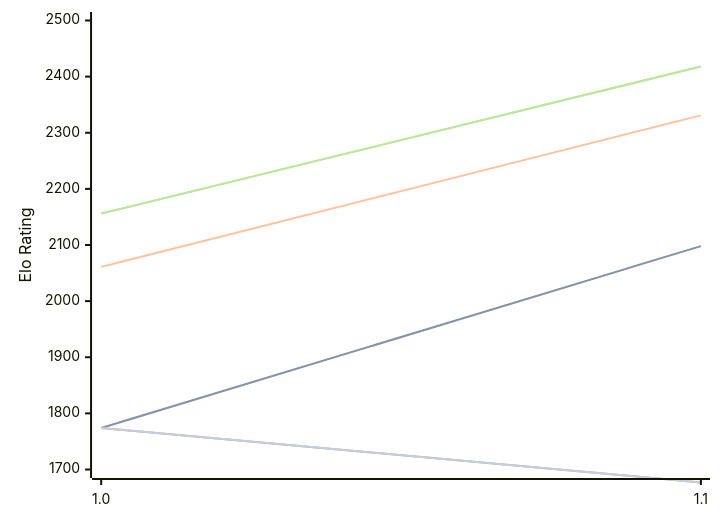
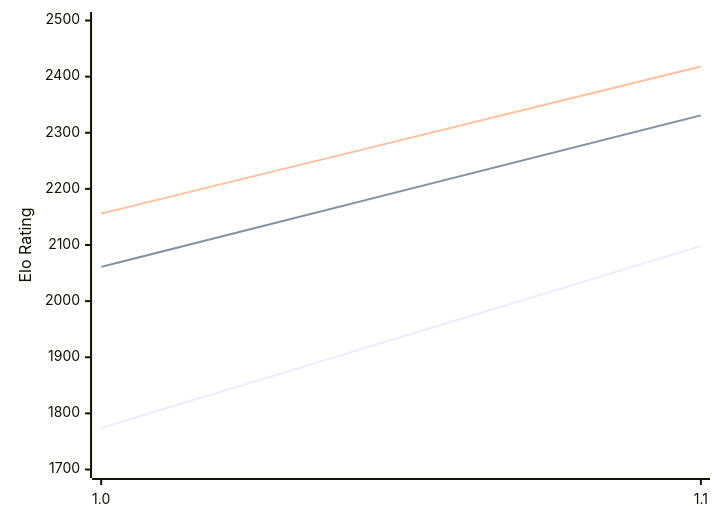
One commit to computer-chess-index/cci changed the diagram in engines/Echekinator.md. Above: the diagram before and after it, drawn with Mermaid. The commit also changed other lines of this file, not shown here.

````diff
--- a/engines/Echekinator.md
+++ b/engines/Echekinator.md
@@ -48,13 +48,9 @@
 ```mermaid
 %%{init: {"theme":"base","themeVariables":{"seriesColors:['#a3a3a3','#222221','#faa371']}}}%%
 xychart-beta
   x-axis ["1.0", "1.1"]
   y-axis "Elo Rating" 1700 --> 2500
-  line "" [1774, 2098]
   line "T1: STC (8.0+0.08s)" [1774, 2098]
   line "T1: LTC (60.0+0.60s)" [2061, 2331]
-  line "" [2156, 2418]
   line "T1: VLTC (2m24s+1.12s)" [2156, 2418]
-  line "" [1774,1677]
-  line "E1: STC (8.0+0.08s)" [1774,1677]
 ```
````
